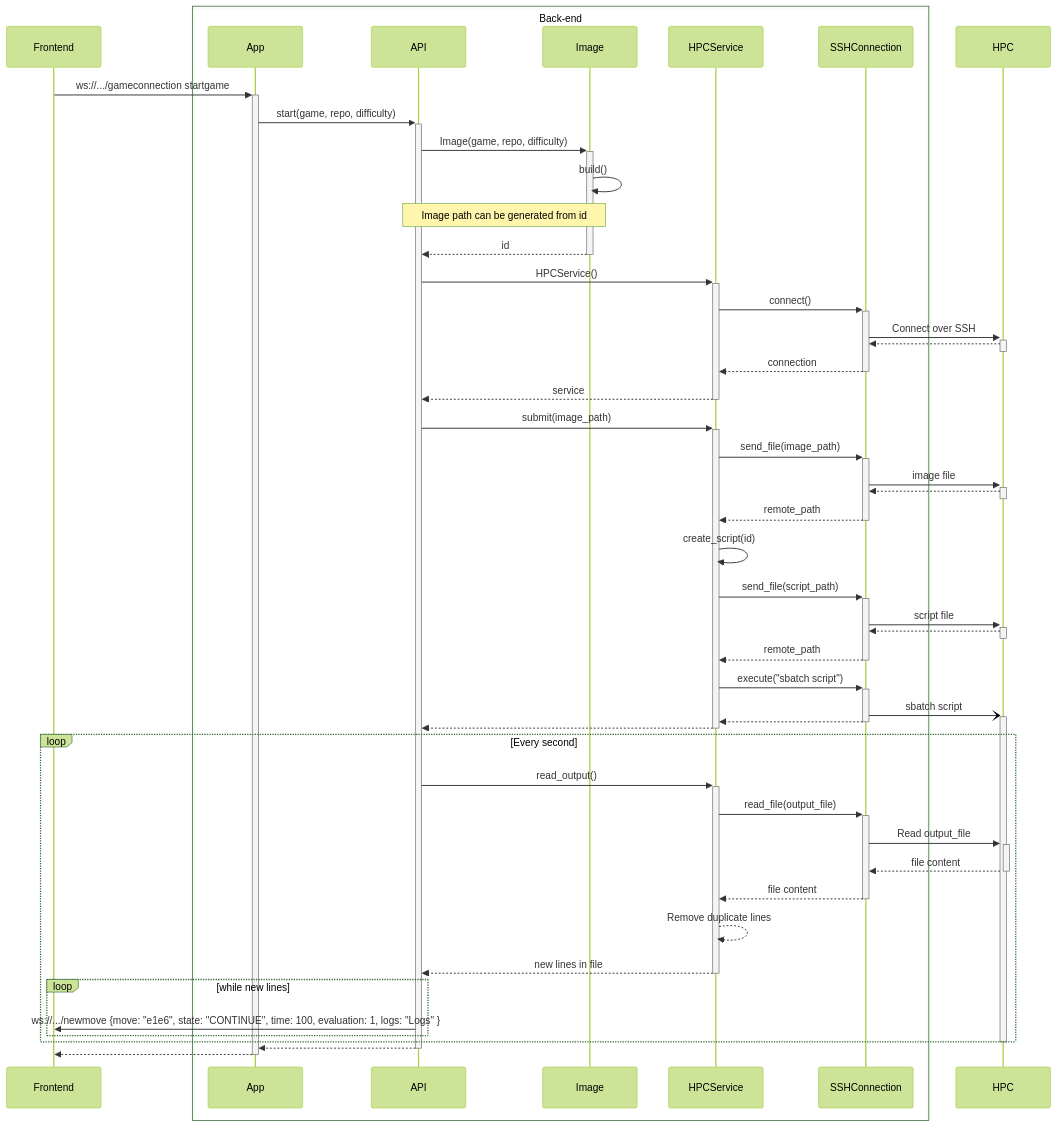
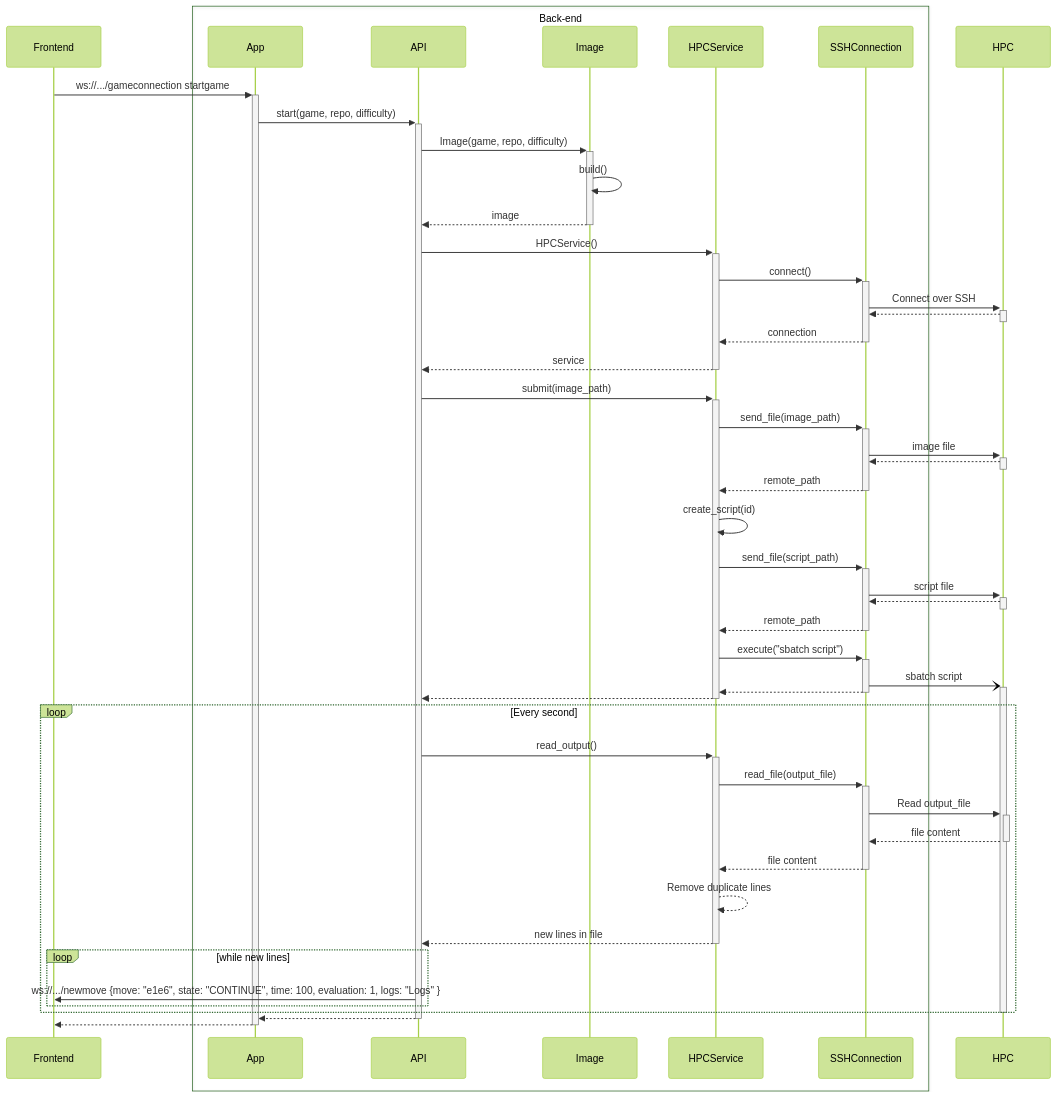
One commit to game-ai-platform-team/tira-ai-platform changed the second of 5 diagrams in docs/architecture.md. Above: the diagram before and after it, drawn with Mermaid (forest theme).

Commit message:
docs(#124): Update architecture

````diff
--- a/docs/architecture.md
+++ b/docs/architecture.md
@@ -53,68 +53,67 @@
 ```mermaid
 sequenceDiagram
 
 participant Frontend
 
 box Back-end
     participant App
     participant API
     participant Image
     participant HPCService
     participant SSHConnection
 end
 
 Frontend ->>+ App: ws://.../gameconnection startgame
 
 App ->>+ API: start(game, repo, difficulty)
 API ->>+ Image: Image(game, repo, difficulty)
     Image ->> Image: build()
-    Note over API, Image: Image path can be generated from id
-Image -->>- API: id
+Image -->>- API: image
 
 API ->>+ HPCService: HPCService()
     HPCService ->>+ SSHConnection: connect()
     SSHConnection ->>+ HPC: Connect over SSH
     HPC -->>- SSHConnection: 
     SSHConnection -->>- HPCService: connection
 HPCService -->>- API: service
 
 API ->>+ HPCService: submit(image_path)
     HPCService ->>+ SSHConnection: send_file(image_path)
         SSHConnection ->>+ HPC: image file
         HPC -->>- SSHConnection: 
     SSHConnection -->>- HPCService: remote_path
 
     HPCService ->> HPCService: create_script(id)
 
     HPCService ->>+ SSHConnection: send_file(script_path)
         SSHConnection ->>+ HPC: script file
         HPC -->>- SSHConnection: 
     SSHConnection -->>- HPCService: remote_path
 
     HPCService ->>+ SSHConnection: execute("sbatch script")
         SSHConnection -)+ HPC: sbatch script
         
     SSHConnection -->>- HPCService: 
 HPCService -->>- API: 
 
 loop Every second
     API ->>+ HPCService: read_output()
         HPCService ->>+ SSHConnection: read_file(output_file)
         SSHConnection ->>+ HPC: Read output_file
         HPC -->>- SSHConnection: file content
         SSHConnection -->>- HPCService: file content
 
         HPCService -->> HPCService: Remove duplicate lines
 
     HPCService -->>- API: new lines in file
 
     loop while new lines
         API ->> Frontend: ws://.../newmove {move: "e1e6", state: "CONTINUE", time: 100, evaluation: 1, logs: "Logs" }
     end
 end
 
 deactivate HPC
 
 API -->>- App: 
 App -->>- Frontend: 
 ```
````
